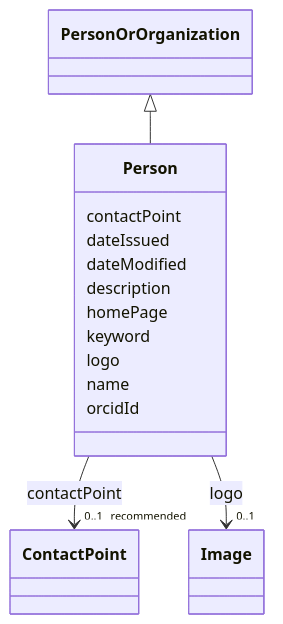
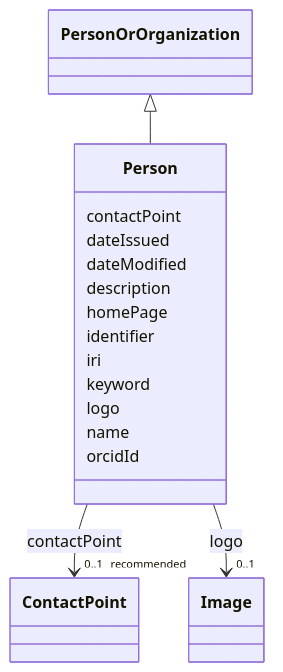
Before and after one commit to EVORA-project/evora-ontology: the diagram in models/docs/Person.md, drawn with Mermaid. The commit also changed other lines of this file and 391 other files, not shown here.

````diff
--- a/models/docs/Person.md
+++ b/models/docs/Person.md
@@ -19,41 +19,45 @@
 ```mermaid
  classDiagram
     class Person
     click Person href "../Person"
       PersonOrOrganization <|-- Person
         click PersonOrOrganization href "../PersonOrOrganization"
       
       Person : contactPoint
         
           
     
     
     Person --> "0..1 _recommended_" ContactPoint : contactPoint
     click ContactPoint href "../ContactPoint"
 
         
       Person : dateIssued
         
       Person : dateModified
         
       Person : description
         
       Person : homePage
         
+      Person : identifier
+        
+      Person : iri
+        
       Person : keyword
         
       Person : logo
         
           
     
     
     Person --> "0..1" Image : logo
     click Image href "../Image"
 
         
       Person : name
         
       Person : orcidId
         
       
 ```
````
